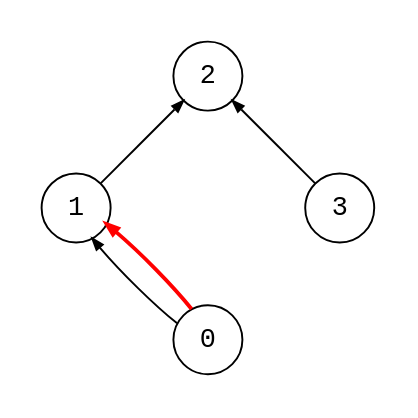
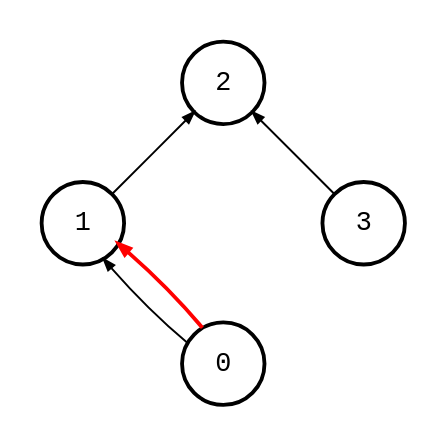
Before and after one commit to bsdrks/graaf-images: the diagram in src/adjacency_matrix_parallel_arcs-0.87.4.dot, drawn with Graphviz. The commit also changed 1 other file, not shown here.

```diff
--- a/src/adjacency_matrix_parallel_arcs-0.87.4.dot
+++ b/src/adjacency_matrix_parallel_arcs-0.87.4.dot
@@ -1,12 +1,12 @@
 digraph {
-    node [shape=circle, fontname="monospace"];
-    edge [arrowsize=0.6];
+    node [shape=circle, fontname="monospace", style=bold, fixedsize=true, width="0.6"];
+    edge [arrowsize=0.6, fontname="monospace", fontsize=9];
     layout=circo;
     pad=0.2;
 
     0 -> 1;
     1 -> 2;
     3 -> 2;
     0 -> 1 [style=bold, color=red];
     3 -> 0 [style=invis];
 }
```
